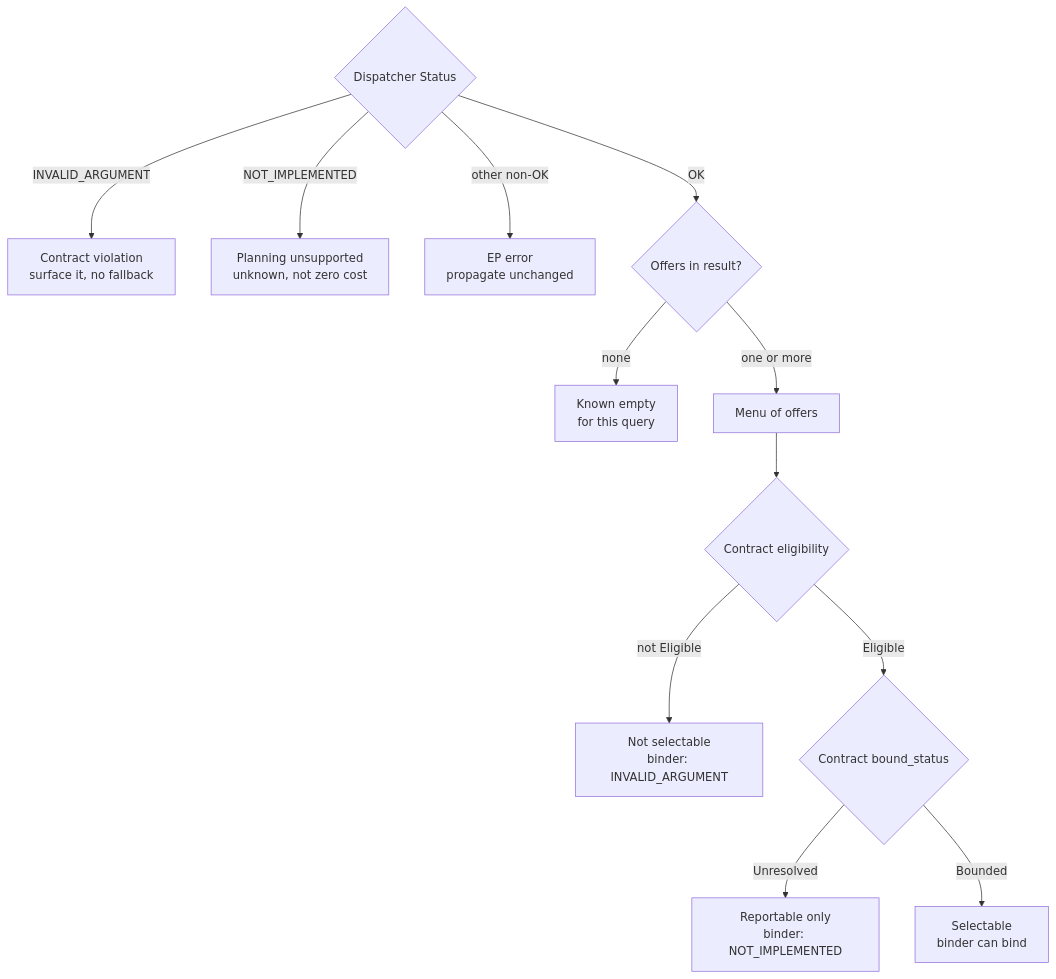
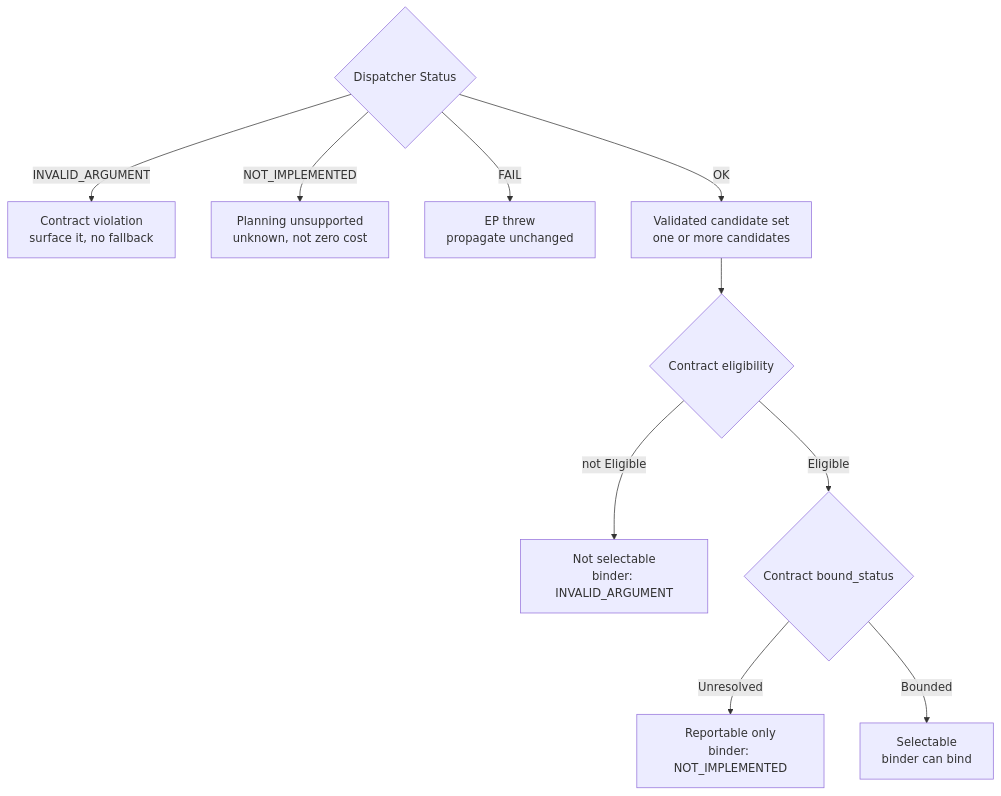
One commit to microsoft/onnxruntime changed the fourth of 7 diagrams in docs/annotated_partitioning/capability_planning_interfaces.md. Above: the diagram before and after it, drawn with Mermaid. The commit also changed other lines of this file, not shown here.

````diff
--- a/docs/annotated_partitioning/capability_planning_interfaces.md
+++ b/docs/annotated_partitioning/capability_planning_interfaces.md
@@ -336,15 +510,13 @@
 ```mermaid
 flowchart TD
   Q1{"Dispatcher Status"}
   Q1 -->|"INVALID_ARGUMENT"| BUG["Contract violation<br/>surface it, no fallback"]
   Q1 -->|"NOT_IMPLEMENTED"| UNK["Planning unsupported<br/>unknown, not zero cost"]
-  Q1 -->|"other non-OK"| ERR["EP error<br/>propagate unchanged"]
-  Q1 -->|"OK"| Q2{"Offers in result?"}
-  Q2 -->|"none"| EMPTY["Known empty<br/>for this query"]
-  Q2 -->|"one or more"| MENU["Menu of offers"]
-  MENU --> E1{"Contract eligibility"}
+  Q1 -->|"FAIL"| ERR["EP threw<br/>propagate unchanged"]
+  Q1 -->|"OK"| SET["Validated candidate set<br/>one or more candidates"]
+  SET --> E1{"Contract eligibility"}
   E1 -->|"not Eligible"| NS["Not selectable<br/>binder: INVALID_ARGUMENT"]
   E1 -->|"Eligible"| B1{"Contract bound_status"}
   B1 -->|"Unresolved"| REP["Reportable only<br/>binder: NOT_IMPLEMENTED"]
   B1 -->|"Bounded"| SEL["Selectable<br/>binder can bind"]
 ```
````
